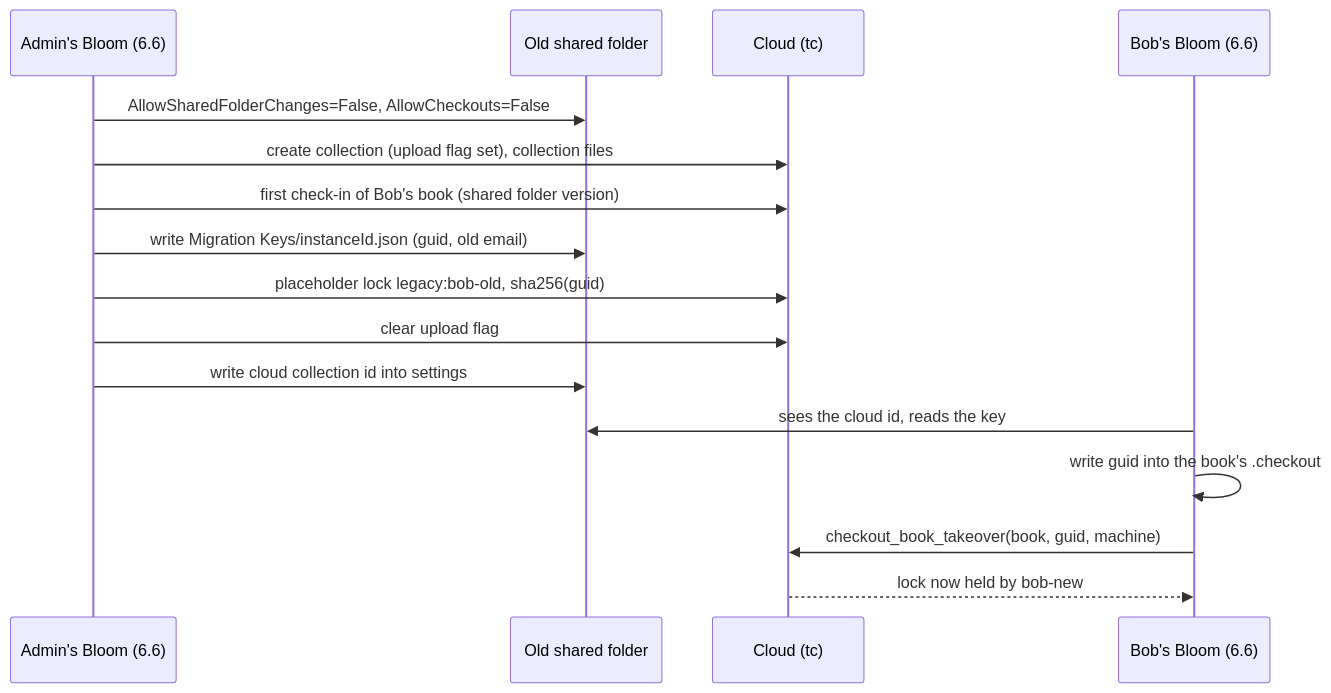
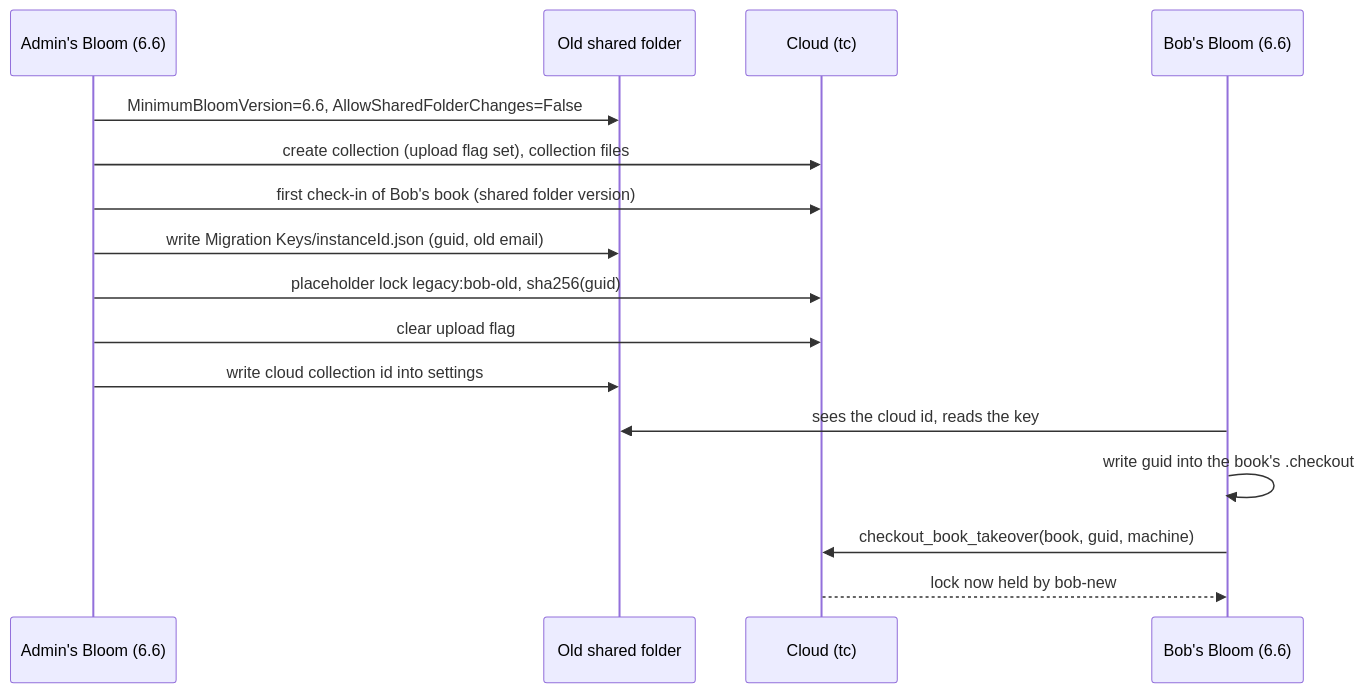
One commit to BloomBooks/BloomDesktop changed the fourth of 5 diagrams in Design/CloudTeamCollections.md. Above: the diagram before and after it, drawn with Mermaid. The commit also changed other lines of this file, not shown here.

First line of the commit message:
CloudTeamCollections.md: lock 6.5 out with MinimumBloomVersion; freeze is master-only

````diff
--- a/Design/CloudTeamCollections.md
+++ b/Design/CloudTeamCollections.md
@@ -596,18 +603,18 @@
 ```mermaid
 sequenceDiagram
     participant A as Admin's Bloom (6.6)
     participant F as Old shared folder
     participant DB as Cloud (tc)
     participant B as Bob's Bloom (6.6)
-    A->>F: AllowSharedFolderChanges=False, AllowCheckouts=False
+    A->>F: MinimumBloomVersion=6.6, AllowSharedFolderChanges=False
     A->>DB: create collection (upload flag set), collection files
     A->>DB: first check-in of Bob's book (shared folder version)
     A->>F: write Migration Keys/instanceId.json (guid, old email)
     A->>DB: placeholder lock legacy:bob-old, sha256(guid)
     A->>DB: clear upload flag
     A->>F: write cloud collection id into settings
     B->>F: sees the cloud id, reads the key
     B->>B: write guid into the book's .checkout
     B->>DB: checkout_book_takeover(book, guid, machine)
     DB-->>B: lock now held by bob-new
 ```
````
